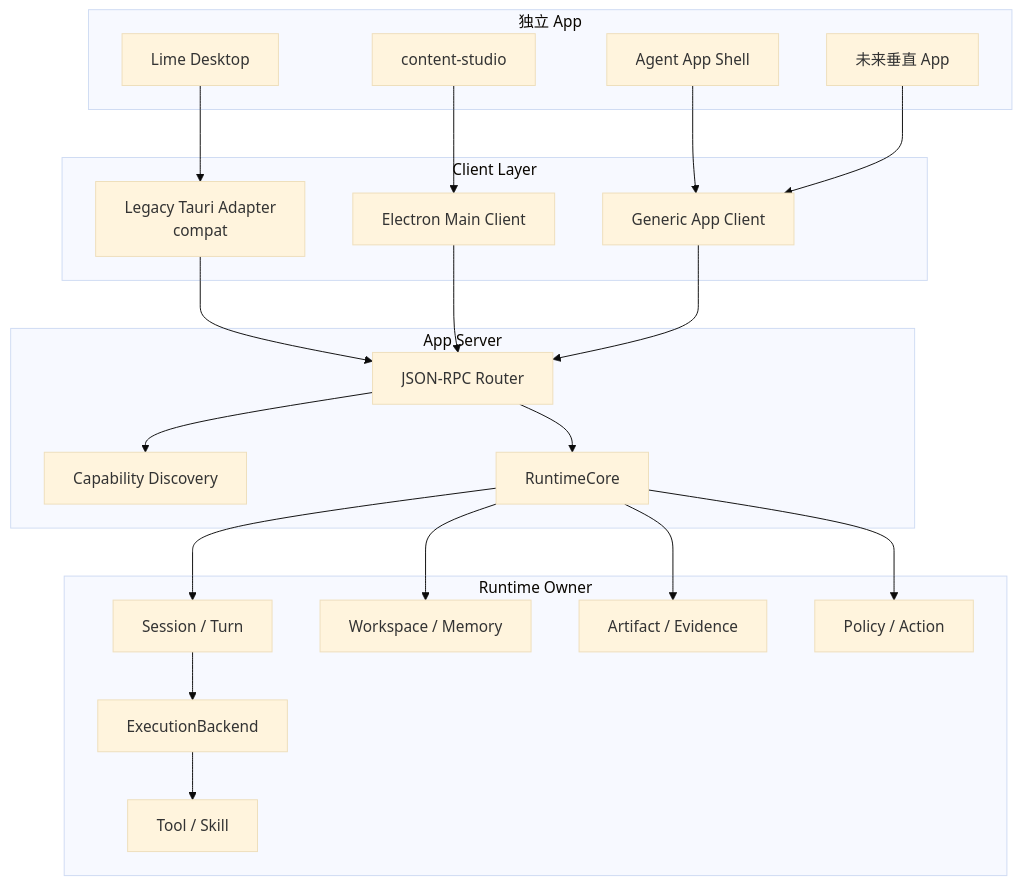
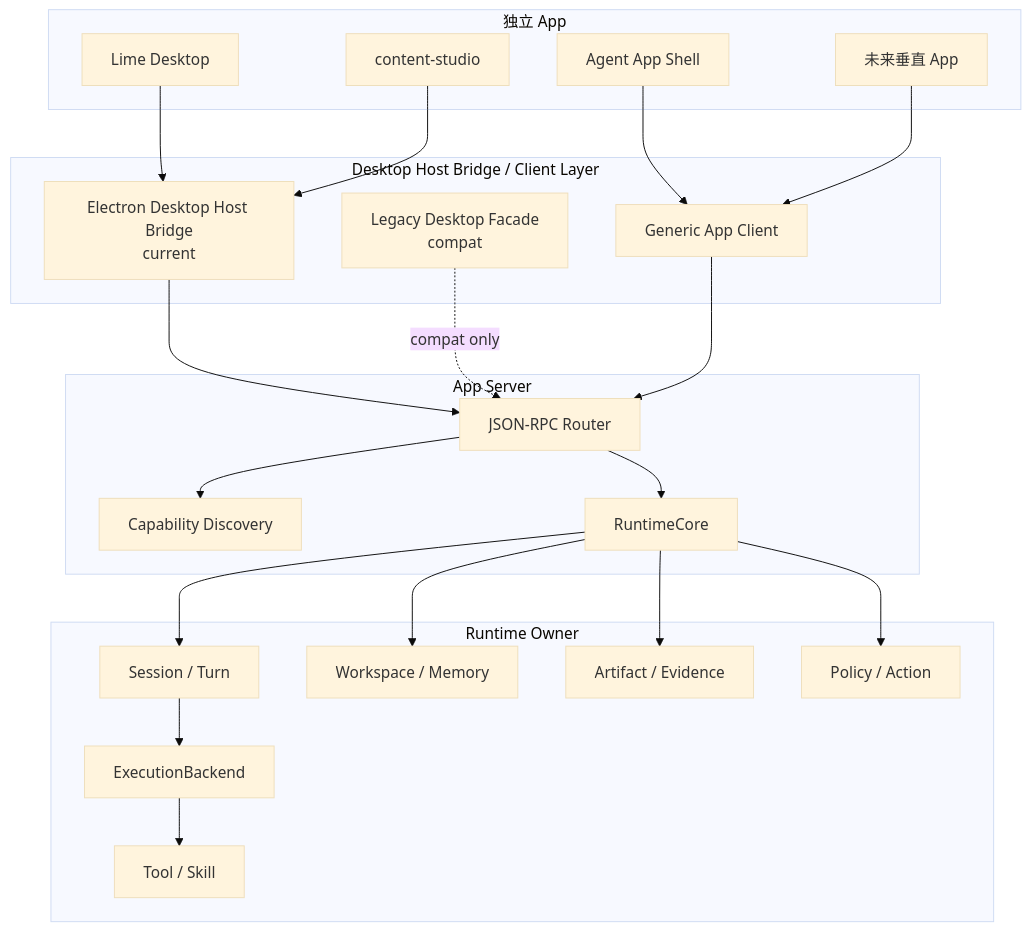
One commit to jiujuan/lime changed the fifth of 9 diagrams in internal/roadmap/appserver/flowcharts.md. Above: the diagram before and after it, drawn with Mermaid (base theme). The commit also changed other lines of this file and 258 other files, not shown here.

````diff
--- a/internal/roadmap/appserver/flowcharts.md
+++ b/internal/roadmap/appserver/flowcharts.md
@@ -82,46 +82,46 @@
 ```mermaid
 flowchart TB
     subgraph AppLayer["独立 App"]
         A["Lime Desktop"]
         B["content-studio"]
         C["Agent App Shell"]
         D["未来垂直 App"]
     end
 
-    subgraph ClientLayer["Client Layer"]
-        E["Legacy Tauri Adapter<br/>compat"]
-        F["Electron Main Client"]
+    subgraph ClientLayer["Desktop Host Bridge / Client Layer"]
+        E["Electron Desktop Host Bridge<br/>current"]
+        F["Legacy Desktop Facade<br/>compat"]
         G["Generic App Client"]
     end
 
     subgraph ServerLayer["App Server"]
         H["JSON-RPC Router"]
         I["Capability Discovery"]
         J["RuntimeCore"]
     end
 
     subgraph RuntimeLayer["Runtime Owner"]
         K["Session / Turn"]
         L["ExecutionBackend"]
         M["Tool / Skill"]
         N["Workspace / Memory"]
         O["Artifact / Evidence"]
         P["Policy / Action"]
     end
 
     A --> E
-    B --> F
+    B --> E
     C --> G
     D --> G
     E --> H
-    F --> H
+    F -. "compat only" .-> H
     G --> H
     H --> I
     H --> J
     J --> K
     K --> L
     L --> M
     J --> N
     J --> O
     J --> P
 ```
````
